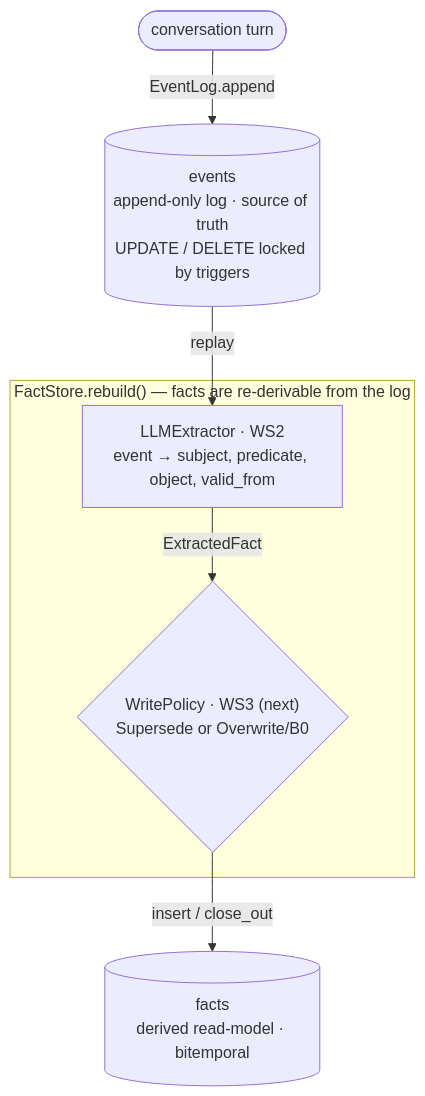
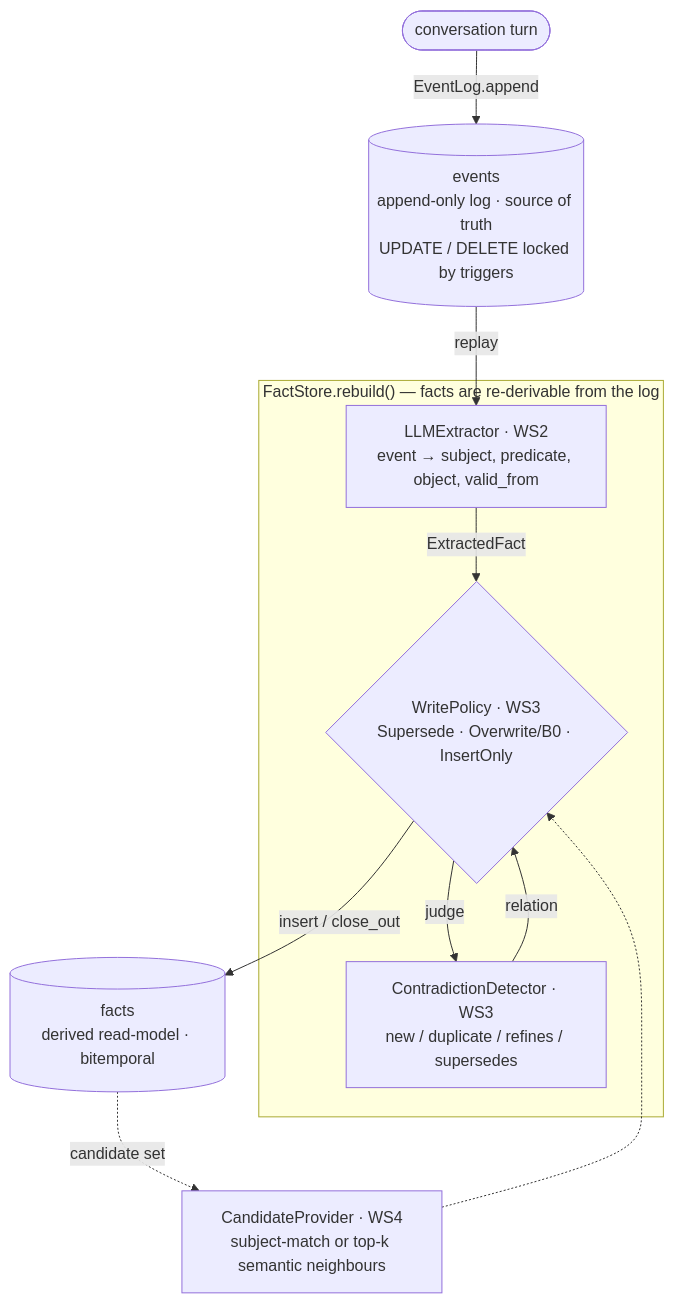
The first of 2 diagrams in README.md (gabrielleeyj/MNEME), drawn with Mermaid before and after one commit. The commit also changed other lines of this file, not shown here.

````diff
--- a/README.md
+++ b/README.md
@@ -32,13 +34,23 @@
 ```mermaid
 flowchart TD
     turn(["conversation turn"]) -->|"EventLog.append"| events[("events<br/>append-only log · source of truth<br/>UPDATE / DELETE locked by triggers")]
 
     events -->|"replay"| extractor["LLMExtractor · WS2<br/>event → subject, predicate, object, valid_from"]
-    extractor -->|"ExtractedFact"| policy{"WritePolicy · WS3 (next)<br/>Supersede or Overwrite/B0"}
-    policy -->|"insert / close_out"| facts[("facts<br/>derived read-model · bitemporal")]
+    extractor -->|"ExtractedFact"| policy{"WritePolicy · WS3<br/>Supersede · Overwrite/B0 · InsertOnly"}
+
+    provider["CandidateProvider · WS4<br/>subject-match or top-k semantic neighbours"]
+    facts[("facts<br/>derived read-model · bitemporal")]
+    detector["ContradictionDetector · WS3<br/>new / duplicate / refines / supersedes"]
+
+    facts -.->|"candidate set"| provider
+    provider -.-> policy
+    policy -->|"judge"| detector
+    detector -->|"relation"| policy
+    policy -->|"insert / close_out"| facts
 
     subgraph rebuild ["FactStore.rebuild() — facts are re-derivable from the log"]
         extractor
         policy
+        detector
     end
 ```
````
